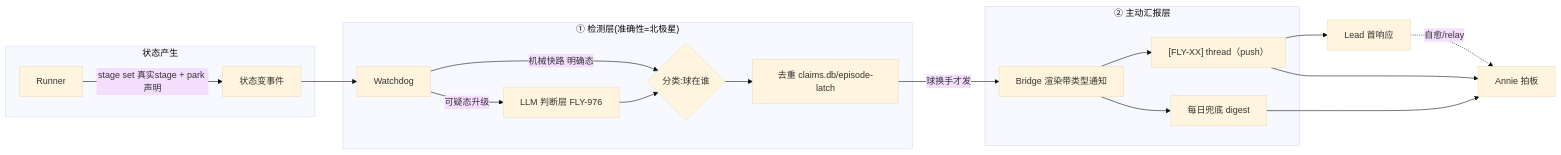
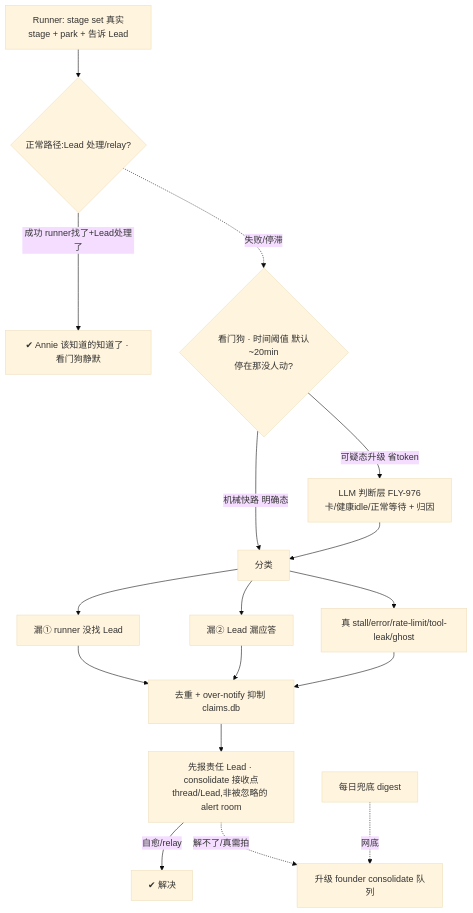
One commit to xrliAnnie/flywheel-qa-sandbox changed the first of 2 diagrams in product/doc/FLY-942-proactive-reporting/prd.md. Above: the diagram before and after it, drawn with Mermaid (base theme). The commit also changed other lines of this file and 2 other files, not shown here.

First line of the commit message:
docs(FLY-942): revise per Annie deep review — gap-catcher + time-threshold

````diff
--- a/product/doc/FLY-942-proactive-reporting/prd.md
+++ b/product/doc/FLY-942-proactive-reporting/prd.md
@@ -31,22 +34,19 @@
 ```mermaid
-flowchart LR
-  subgraph SRC[状态产生]
-    R[Runner] -->|stage set 真实stage + park 声明| EV[状态变事件]
-  end
-  subgraph DET["① 检测层(准确性=北极星)"]
-    EV --> WD[Watchdog]
-    WD -->|机械快路 明确态| CL{分类:球在谁}
-    WD -->|可疑态升级| LLM[LLM 判断层 FLY-976]
-    LLM --> CL
-    CL --> DEDUP[去重 claims.db/episode-latch]
-  end
-  subgraph REP["② 主动汇报层"]
-    DEDUP -->|球换手才发| BR[Bridge 渲染带类型通知]
-    BR --> TH["[FLY-XX] thread（push）"]
-    BR --> DG[每日兜底 digest]
-  end
-  TH --> LEAD[Lead 首响应]
-  TH --> ANNIE[Annie 拍板]
-  DG --> ANNIE
-  LEAD -.自愈/relay.-> ANNIE
+flowchart TD
+  R[Runner: stage set 真实stage + park + 告诉 Lead] --> NP{正常路径:Lead 处理/relay?}
+  NP -->|成功 runner找了+Lead处理了| OK[✔ Annie 该知道的知道了 · 看门狗静默]
+  NP -. 失败/停滞 .-> WD{看门狗 · 时间阈值 默认~20min<br/>停在那没人动?}
+  WD -->|机械快路 明确态| CLS[分类]
+  WD -->|可疑态升级 省token| LLM[LLM 判断层 FLY-976<br/>卡/健康idle/正常等待 + 归因]
+  LLM --> CLS
+  CLS --> G1[漏① runner 没找 Lead]
+  CLS --> G2[漏② Lead 漏应答]
+  CLS --> G3[真 stall/error/rate-limit/tool-leak/ghost]
+  G1 --> DEDUP[去重 + over-notify 抑制 claims.db]
+  G2 --> DEDUP
+  G3 --> DEDUP
+  DEDUP --> LEAD[先报责任 Lead · consolidate 接收点<br/>thread/Lead,非被忽略的 alert room]
+  LEAD -->|自愈/relay| DONE2[✔ 解决]
+  LEAD -. 解不了/真需拍 .-> ANNIE[升级 founder consolidate 队列]
+  DAILY[每日兜底 digest] -. 网底 .-> ANNIE
 ```
````
